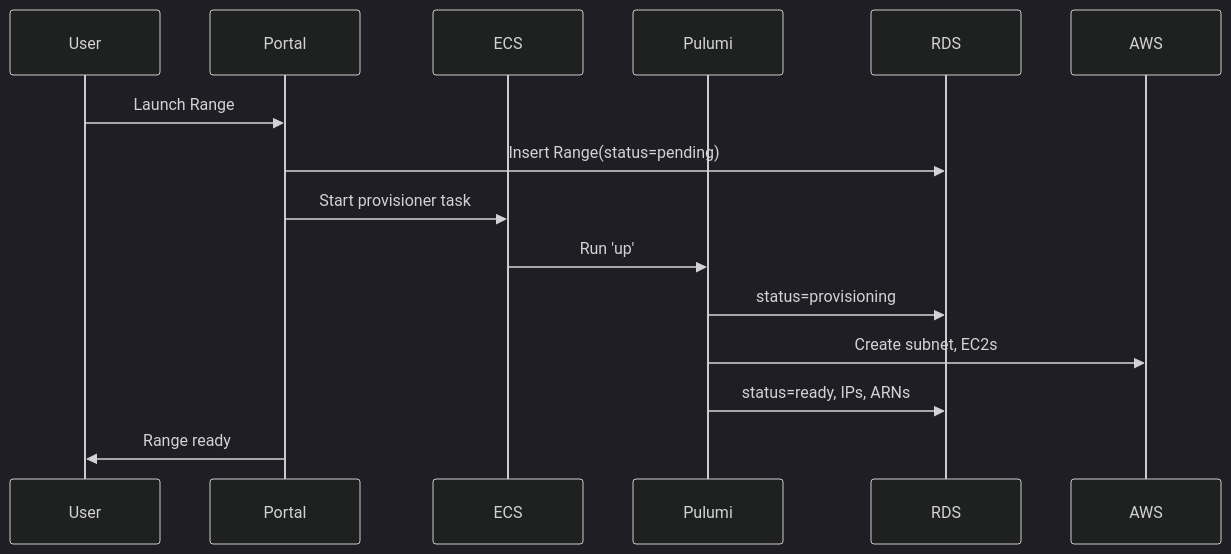
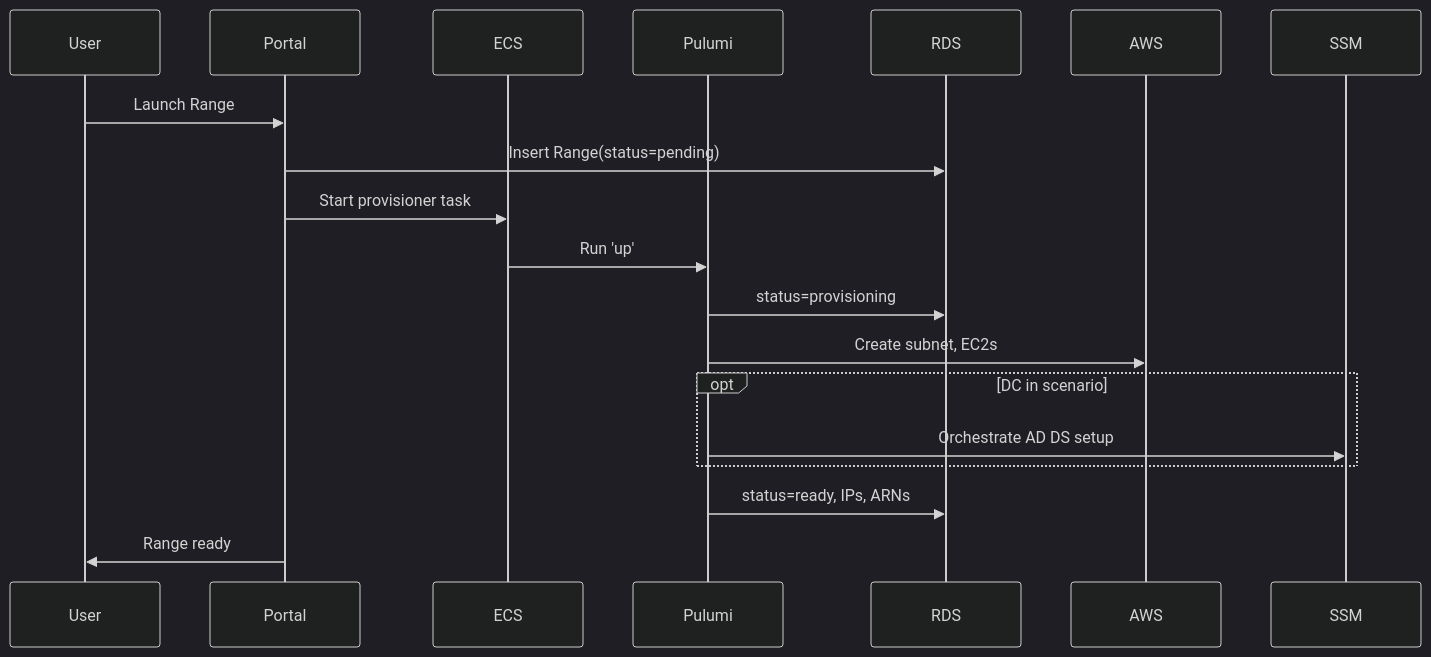
Before and after one commit to PaloAltoNetworks/shifter: the second of 4 diagrams in portal/documentation/docs/architecture.md, drawn with Mermaid (dark theme). The commit also changed other lines of this file and 18 other files, not shown here.

````diff
--- a/portal/documentation/docs/architecture.md
+++ b/portal/documentation/docs/architecture.md
@@ -107,18 +110,22 @@
 ```mermaid
 sequenceDiagram
     participant User
     participant Portal
     participant ECS
     participant Pulumi
     participant RDS
     participant AWS
+    participant SSM
 
     User->>Portal: Launch Range
     Portal->>RDS: Insert Range(status=pending)
     Portal->>ECS: Start provisioner task
     ECS->>Pulumi: Run 'up'
     Pulumi->>RDS: status=provisioning
     Pulumi->>AWS: Create subnet, EC2s
+    opt DC in scenario
+        Pulumi->>SSM: Orchestrate AD DS setup
+    end
     Pulumi->>RDS: status=ready, IPs, ARNs
     Portal->>User: Range ready
 ```
````
